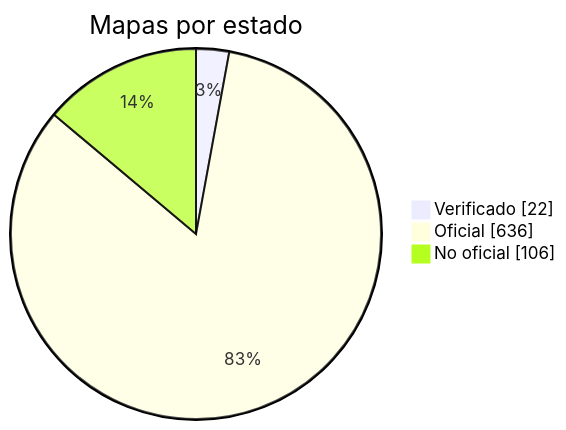
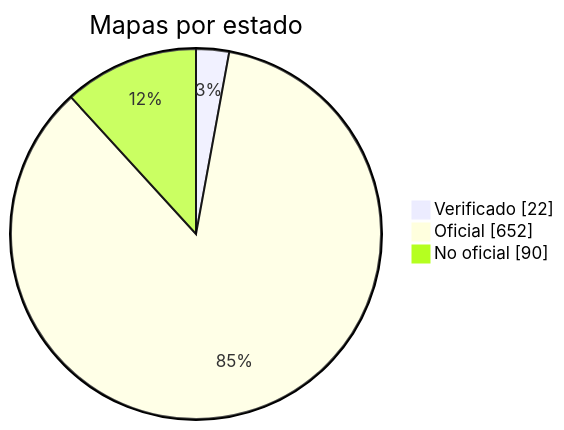
Before and after one commit to nobrega8/mbmap-library: the diagram in docs/readme/README_ES.md, drawn with Mermaid. The commit also changed 5 other files, not shown here.

````diff
--- a/docs/readme/README_ES.md
+++ b/docs/readme/README_ES.md
@@ -54,7 +54,7 @@
 ```mermaid
 pie showData
     title Mapas por estado
     "Verificado" : 22
-    "Oficial" : 636
-    "No oficial" : 106
+    "Oficial" : 652
+    "No oficial" : 90
 ```
````
